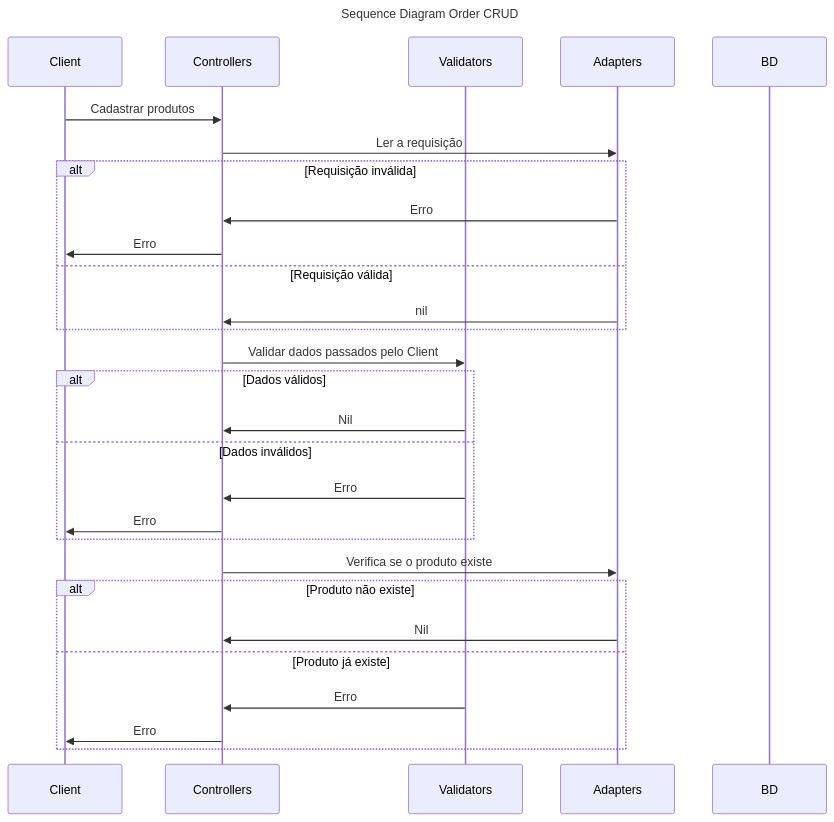
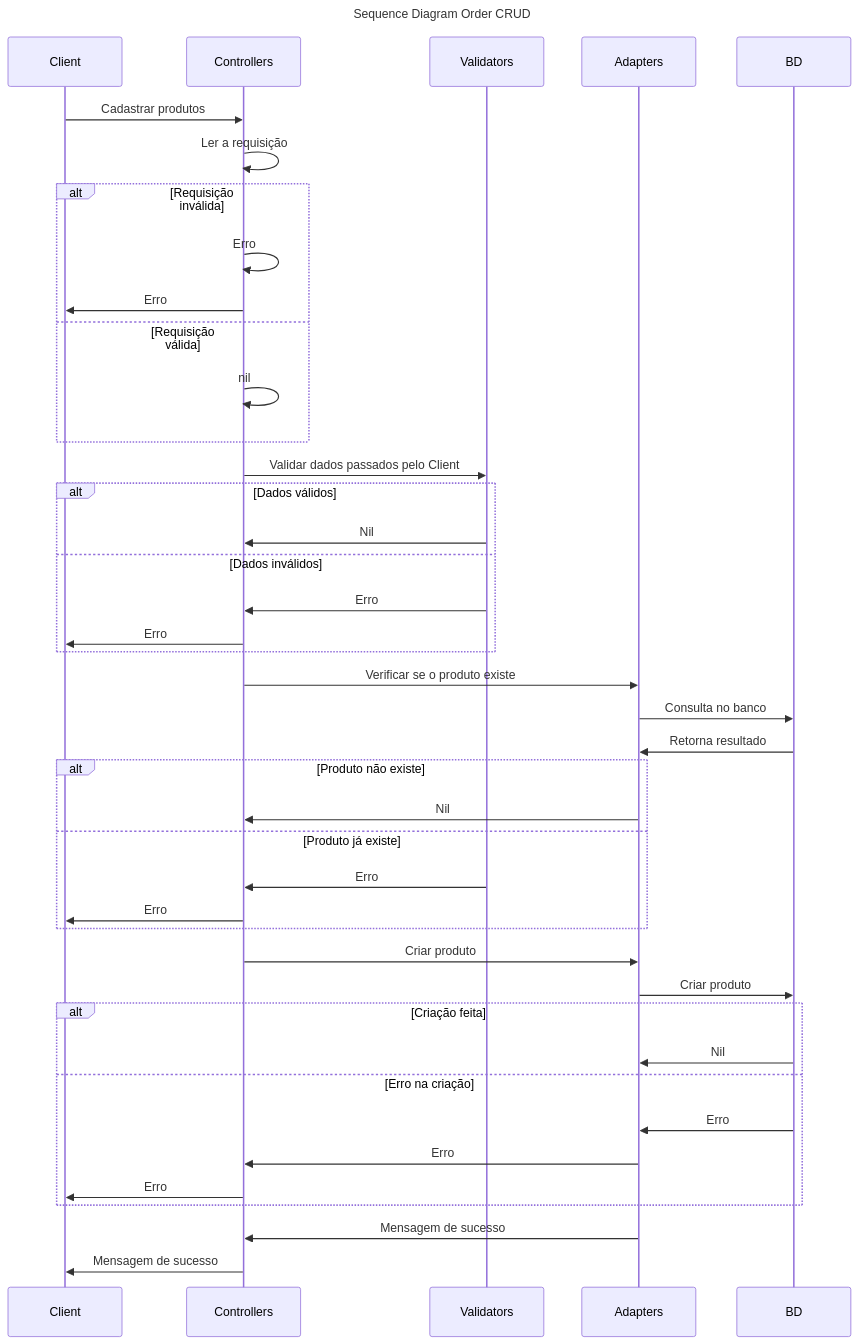
The diagram in diagrams/sequence.mmd (marianaoliveira-mb/APIGo), drawn with Mermaid before and after one commit. The commit also changed 8 other files, not shown here.

```diff
--- a/diagrams/sequence.mmd
+++ b/diagrams/sequence.mmd
@@ -1,34 +1,47 @@
 ---
 title: Sequence Diagram Order CRUD
 ---
 
 sequenceDiagram
     participant Client
     participant Controllers
     participant Validators
     participant Adapters
     participant BD
 
 
     Client->>Controllers: Cadastrar produtos
-    Controllers->>Adapters: Ler a requisição
+    Controllers->>Controllers: Ler a requisição
     alt  Requisição inválida
-        Adapters->>Controllers: Erro
+        Controllers->>Controllers: Erro
         Controllers->>Client: Erro
     else Requisição válida
-        Adapters->>Controllers: nil
+        Controllers->>Controllers: nil
     end
     Controllers->>Validators: Validar dados passados pelo Client
     alt  Dados válidos
         Validators->>Controllers: Nil
     else Dados inválidos
         Validators->>Controllers: Erro
         Controllers->>Client: Erro
     end
-    Controllers->>Adapters: Verifica se o produto existe
+    Controllers->>Adapters: Verificar se o produto existe
+    Adapters->>BD: Consulta no banco
+    BD->>Adapters: Retorna resultado
     alt  Produto não existe
         Adapters->>Controllers: Nil
     else Produto já existe
         Validators->>Controllers: Erro
         Controllers->>Client: Erro
     end
+    Controllers->>Adapters: Criar produto
+    Adapters->>BD: Criar produto
+    alt  Criação feita
+        BD->>Adapters: Nil
+    else Erro na criação
+        BD->>Adapters: Erro
+        Adapters->>Controllers: Erro
+        Controllers->>Client: Erro
+    end
+    Adapters->>Controllers: Mensagem de sucesso
+    Controllers->>Client: Mensagem de sucesso
```
